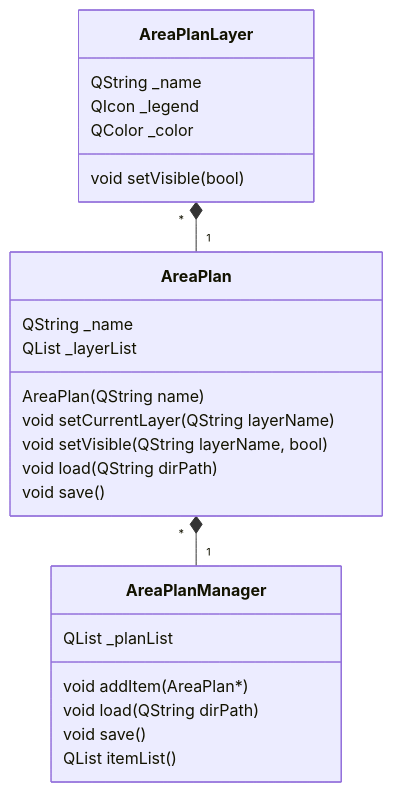
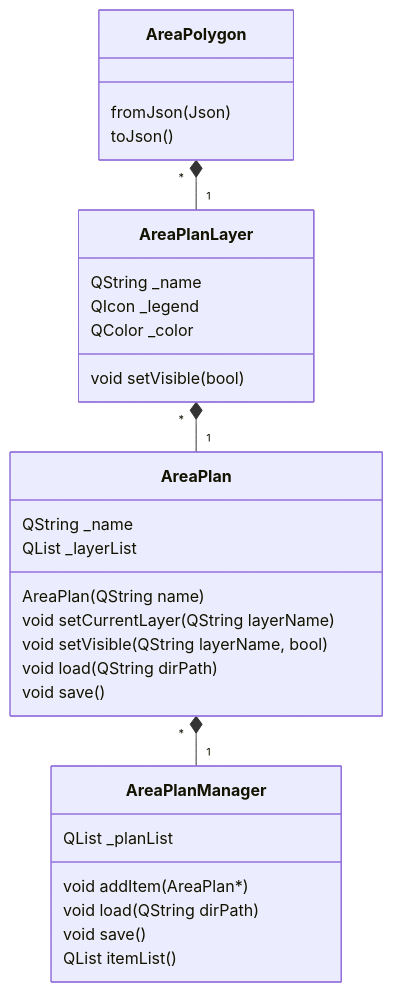
Diagram 15 of 22 in Doc/BGP平台应用层设计.md (MJYCo-Ltd/Map), drawn with Mermaid before and after one commit. The commit also changed other lines of this file and 6 other files, not shown here.

````diff
--- a/Doc/BGP平台应用层设计.md
+++ b/Doc/BGP平台应用层设计.md
@@ -435,24 +437,28 @@
 ```mermaid
 classDiagram
+class AreaPolygon
+AreaPolygon : fromJson(Json)
+AreaPolygon : toJson()
 class AreaPlanLayer
 AreaPlanLayer : void setVisible(bool)
 AreaPlanLayer : QString			_name
 AreaPlanLayer : QIcon			_legend			
 AreaPlanLayer : QColor			_color
+AreaPolygon "*" *-- "1" AreaPlanLayer
 class AreaPlan
 AreaPlan : QString               _name
 AreaPlan : QList<AreaPlanLayer*> _layerList
 AreaPlan : AreaPlan(QString name)
 AreaPlan : void setCurrentLayer(QString layerName)
 AreaPlan : void setVisible(QString layerName, bool)
 AreaPlan : void load(QString dirPath)
 AreaPlan : void save()
 AreaPlanLayer "*" *-- "1" AreaPlan
 class AreaPlanManager
 AreaPlanManager : void addItem(AreaPlan*)
 AreaPlanManager : void load(QString dirPath)
 AreaPlanManager : void save()
 AreaPlanManager : QList<AreaPlan*> itemList()
 AreaPlanManager : QList<AreaPlan*> _planList
 AreaPlan "*" *-- "1" AreaPlanManager
 ```
````
